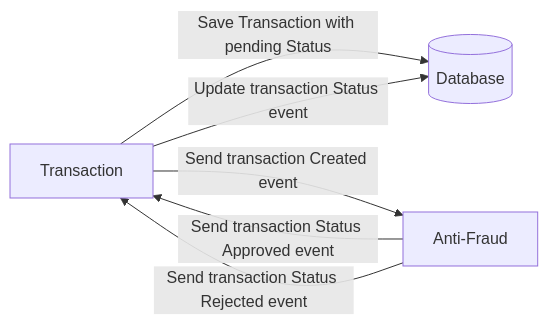
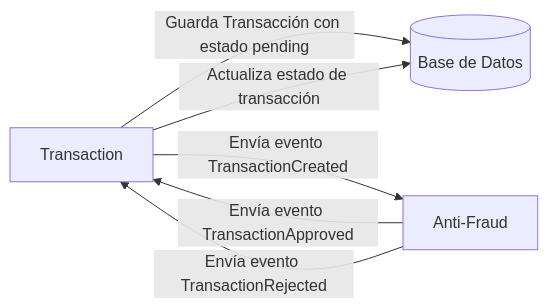
One commit to bearcode-dev/app-nodejs-codechallenge changed the diagram in README.md. Above: the diagram before and after it, drawn with Mermaid. The commit also changed other lines of this file and 4 other files, not shown here.

````diff
--- a/README.md
+++ b/README.md
@@ -258,8 +261,8 @@
 ```mermaid
   flowchart LR
-    Transaction -- Save Transaction with pending Status --> transactionDatabase[(Database)]
-    Transaction --Send transaction Created event--> Anti-Fraud
-    Anti-Fraud -- Send transaction Status Approved event--> Transaction
-    Anti-Fraud -- Send transaction Status Rejected event--> Transaction
-    Transaction -- Update transaction Status event--> transactionDatabase[(Database)]
+    Transaction -- Guarda Transacción con estado pending --> transactionDatabase[(Base de Datos)]
+    Transaction --Envía evento TransactionCreated--> Anti-Fraud
+    Anti-Fraud -- Envía evento TransactionApproved--> Transaction
+    Anti-Fraud -- Envía evento TransactionRejected--> Transaction
+    Transaction -- Actualiza estado de transacción --> transactionDatabase[(Base de Datos)]
 ```
````
